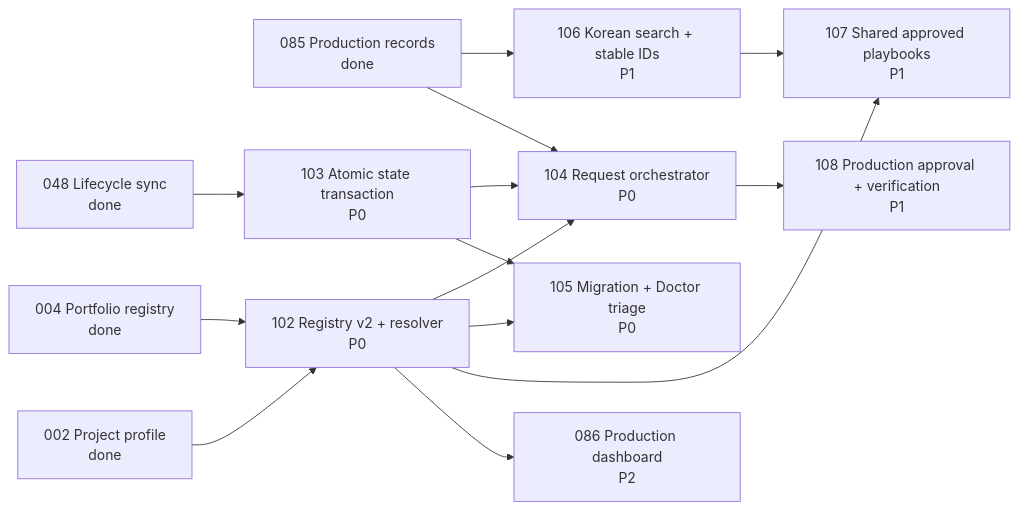
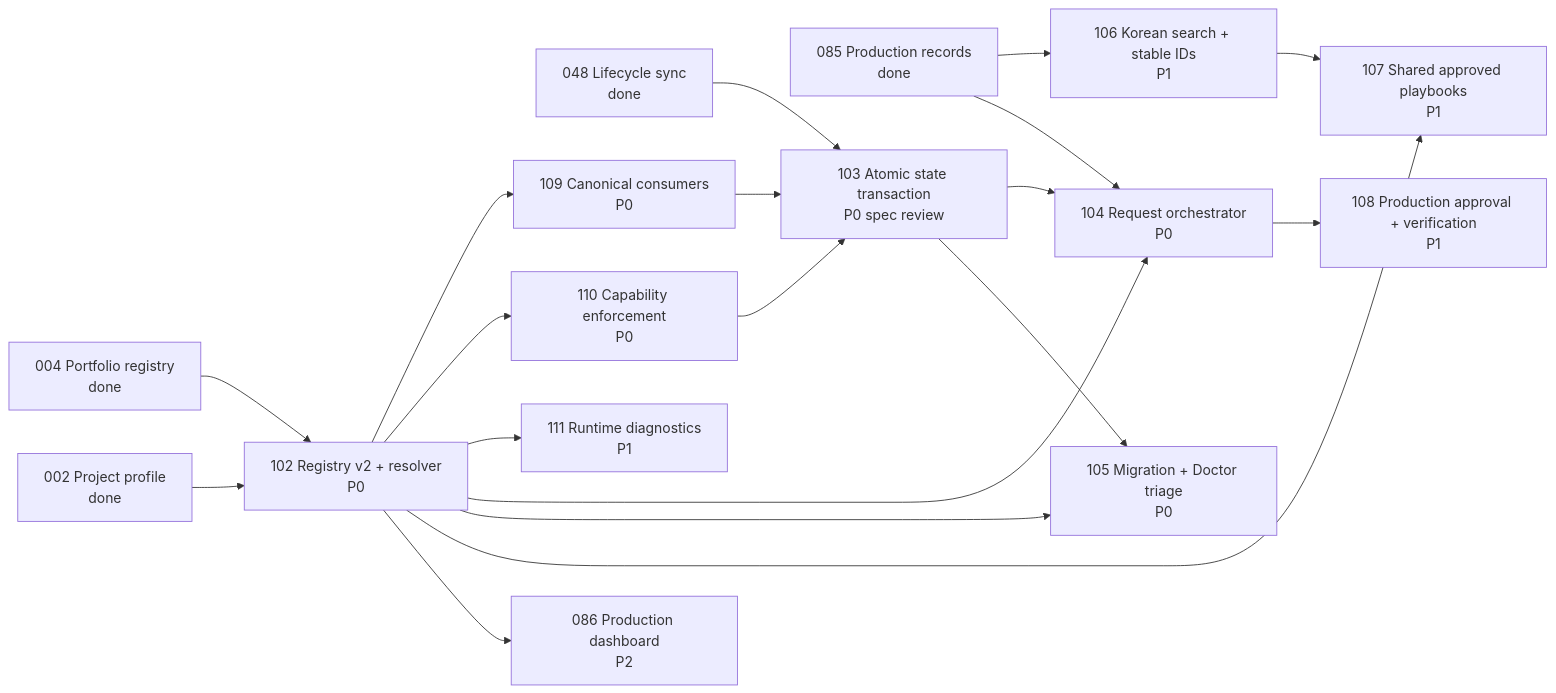
Before and after one commit to dongwonlee222/moduflow: the diagram in workspace/goal.md, drawn with Mermaid. The commit also changed other lines of this file and 16 other files, not shown here.

````diff
--- a/workspace/goal.md
+++ b/workspace/goal.md
@@ -40,16 +43,21 @@
 ```mermaid
 flowchart LR
     I085[085 Production records\ndone] --> I106[106 Korean search + stable IDs\nP1]
     I085 --> I104[104 Request orchestrator\nP0]
-    I048[048 Lifecycle sync\ndone] --> I103[103 Atomic state transaction\nP0]
+    I048[048 Lifecycle sync\ndone] --> I103[103 Atomic state transaction\nP0 spec review]
     I004[004 Portfolio registry\ndone] --> I102[102 Registry v2 + resolver\nP0]
     I002[002 Project profile\ndone] --> I102
+    I102 --> I109[109 Canonical consumers\nP0]
+    I102 --> I110[110 Capability enforcement\nP0]
+    I102 --> I111[111 Runtime diagnostics\nP1]
+    I109 --> I103
+    I110 --> I103
     I102 --> I104
     I103 --> I104
     I102 --> I105[105 Migration + Doctor triage\nP0]
     I103 --> I105
     I102 --> I107[107 Shared approved playbooks\nP1]
     I106 --> I107
     I104 --> I108[108 Production approval + verification\nP1]
     I102 --> I086[086 Production dashboard\nP2]
 ```
````
